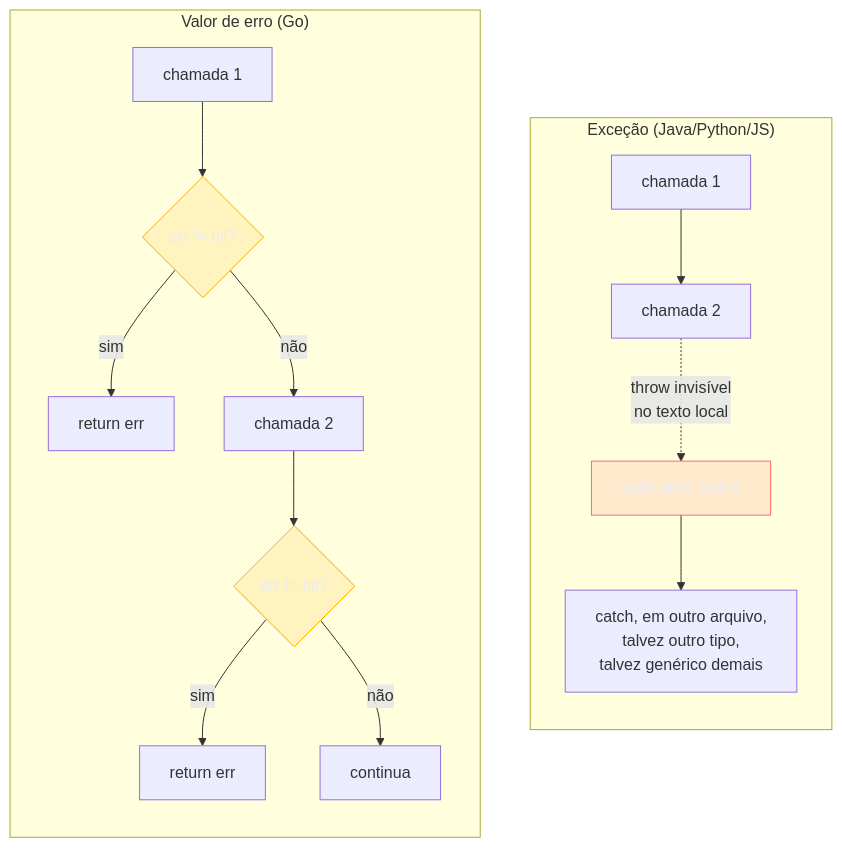
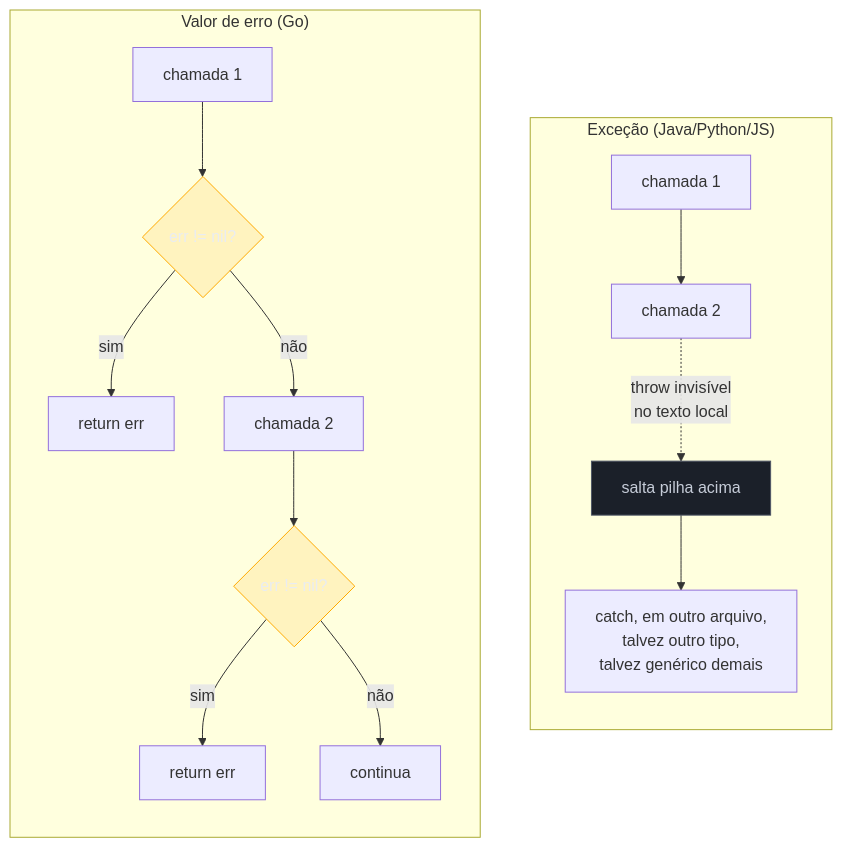
One commit to josenaldo/codex-technomanticus changed the first of 3 diagrams in 03-Dominios/Tecnologia/Go/04 - Erros como valor/07 - Erros vs exceções.md. Above: the diagram before and after it, drawn with Mermaid. The commit also changed 601 other files, not shown here.

````diff
--- a/03-Dominios/Tecnologia/Go/04 - Erros como valor/07 - Erros vs exceções.md
+++ b/03-Dominios/Tecnologia/Go/04 - Erros como valor/07 - Erros vs exceções.md
@@ -70,24 +70,24 @@
 ```mermaid
 flowchart TB
-    classDef falha fill:#FF6B6B24,stroke:#FF6B6B,color:#E9ECF2
+    classDef neutro fill:#1B2029,stroke:#4E5666,color:#C6CCD8
     classDef destaque fill:#FFAA0024,stroke:#FFAA00,color:#E9ECF2
     subgraph EX["Exceção (Java/Python/JS)"]
         direction TB
         E1["chamada 1"] --> E2["chamada 2"]
         E2 -.->|"throw invisível\nno texto local"| E3["salta pilha acima"]
         E3 --> E4["catch, em outro arquivo,\ntalvez outro tipo,\ntalvez genérico demais"]
-        class E3 falha
+        class E3 neutro
     end
 
     subgraph GO["Valor de erro (Go)"]
         direction TB
         G1["chamada 1"] --> G1C{"err != nil?"}
         G1C -->|"sim"| G1R["return err"]
         G1C -->|"não"| G2["chamada 2"]
         G2 --> G2C{"err != nil?"}
         G2C -->|"sim"| G2R["return err"]
         G2C -->|"não"| G3["continua"]
         class G1C destaque
         class G2C destaque
     end
 ```
````
